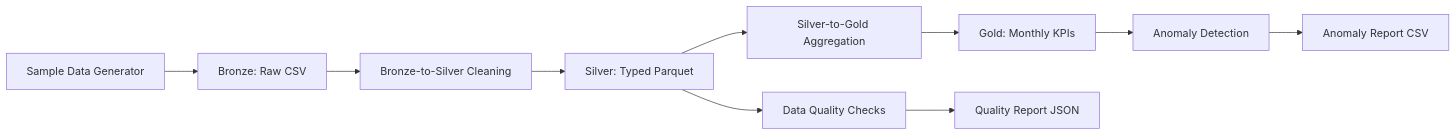
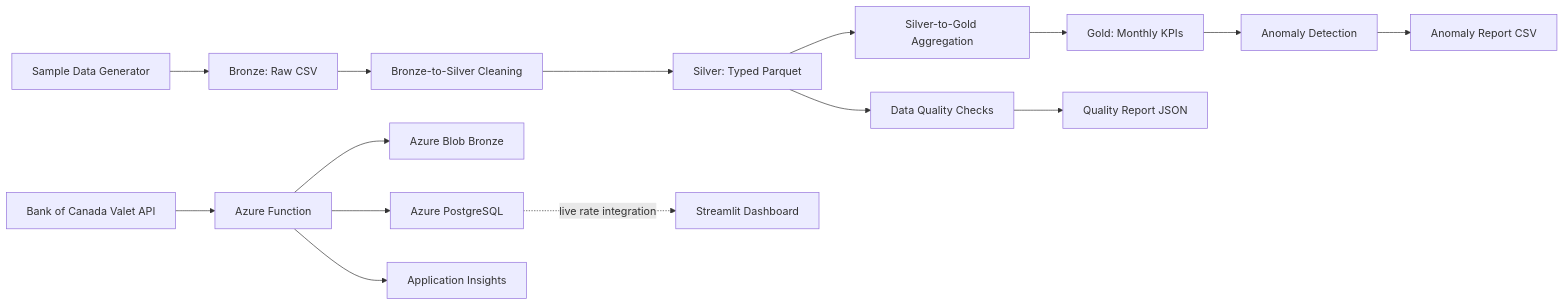
The diagram in README.md (R-venkey/ontario-housing-data-observability), drawn with Mermaid before and after one commit. The commit also changed other lines of this file and 19 other files, not shown here.

Commit message:
Add Azure live mortgage rate ingestion scaffold

````diff
--- a/README.md
+++ b/README.md
@@ -35,12 +36,17 @@
 ```mermaid
 flowchart LR
+    A0["Bank of Canada Valet API"] --> A1["Azure Function"]
+    A1 --> A2["Azure Blob Bronze"]
+    A1 --> A3["Azure PostgreSQL"]
+    A1 --> A4["Application Insights"]
     A["Sample Data Generator"] --> B["Bronze: Raw CSV"]
     B --> C["Bronze-to-Silver Cleaning"]
     C --> D["Silver: Typed Parquet"]
     D --> E["Silver-to-Gold Aggregation"]
     D --> F["Data Quality Checks"]
     E --> G["Gold: Monthly KPIs"]
     G --> H["Anomaly Detection"]
     F --> I["Quality Report JSON"]
     H --> J["Anomaly Report CSV"]
+    A3 -. "live rate integration" .-> K["Streamlit Dashboard"]
 ```
````
